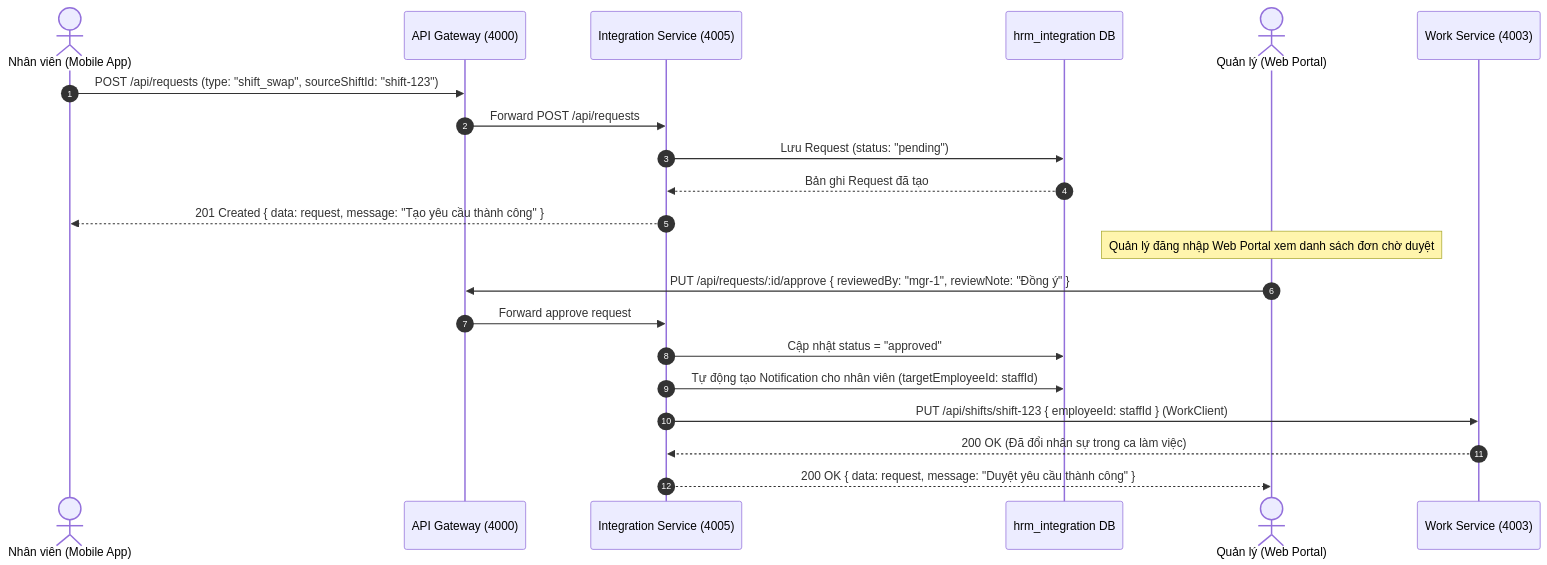
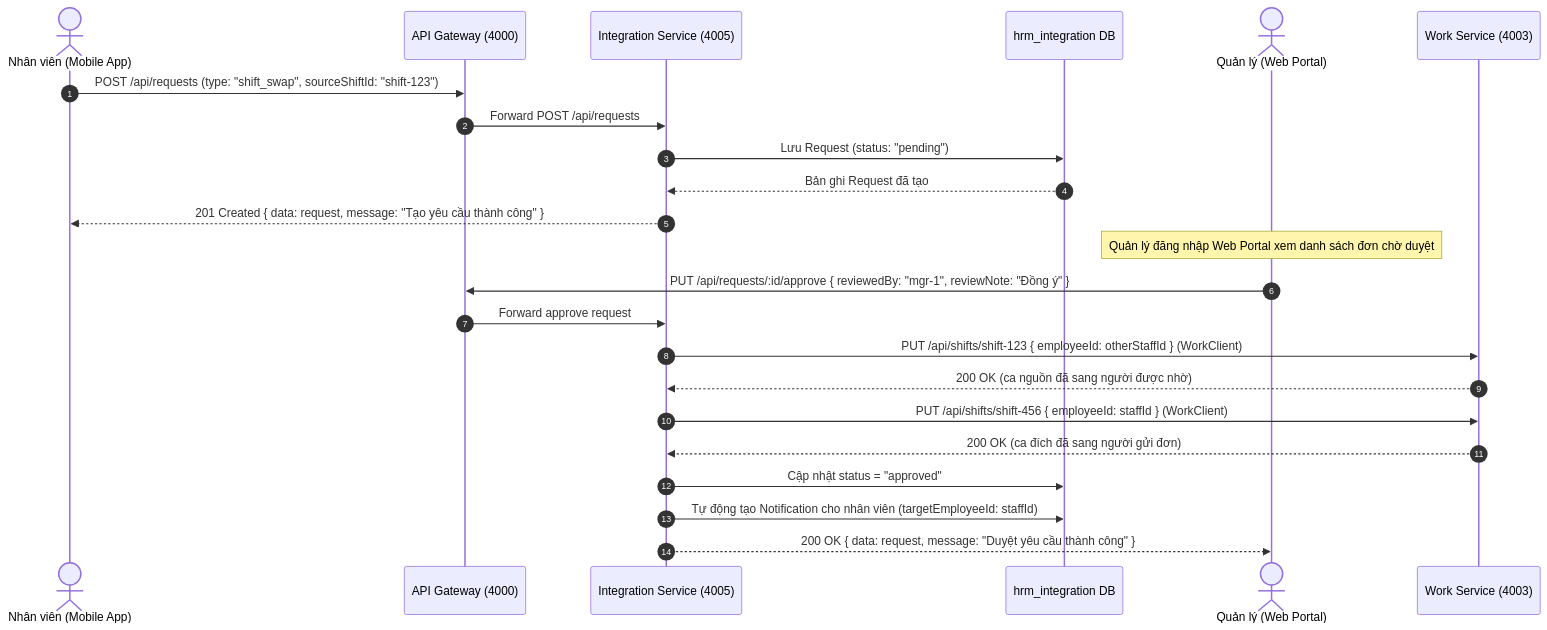
Diagram 14 of 15 in BUSINESS.md (HRM-System-HDV/docs), drawn with Mermaid before and after one commit. The commit also changed other lines of this file and 1 other file, not shown here.

````diff
--- a/BUSINESS.md
+++ b/BUSINESS.md
@@ -1887,25 +1894,27 @@
 ```mermaid
 sequenceDiagram
     autonumber
     actor Staff as Nhân viên (Mobile App)
     participant GW as API Gateway (4000)
     participant INT as Integration Service (4005)
     participant DB as hrm_integration DB
     actor Manager as Quản lý (Web Portal)
     participant WORK as Work Service (4003)
 
     Staff->>GW: POST /api/requests (type: "shift_swap", sourceShiftId: "shift-123")
     GW->>INT: Forward POST /api/requests
     INT->>DB: Lưu Request (status: "pending")
     DB-->>INT: Bản ghi Request đã tạo
     INT-->>Staff: 201 Created { data: request, message: "Tạo yêu cầu thành công" }
 
     Note over Manager: Quản lý đăng nhập Web Portal xem danh sách đơn chờ duyệt
     Manager->>GW: PUT /api/requests/:id/approve { reviewedBy: "mgr-1", reviewNote: "Đồng ý" }
     GW->>INT: Forward approve request
+    INT->>WORK: PUT /api/shifts/shift-123 { employeeId: otherStaffId } (WorkClient)
+    WORK-->>INT: 200 OK (ca nguồn đã sang người được nhờ)
+    INT->>WORK: PUT /api/shifts/shift-456 { employeeId: staffId } (WorkClient)
+    WORK-->>INT: 200 OK (ca đích đã sang người gửi đơn)
     INT->>DB: Cập nhật status = "approved"
     INT->>DB: Tự động tạo Notification cho nhân viên (targetEmployeeId: staffId)
-    INT->>WORK: PUT /api/shifts/shift-123 { employeeId: staffId } (WorkClient)
-    WORK-->>INT: 200 OK (Đã đổi nhân sự trong ca làm việc)
     INT-->>Manager: 200 OK { data: request, message: "Duyệt yêu cầu thành công" }
 ```
````
